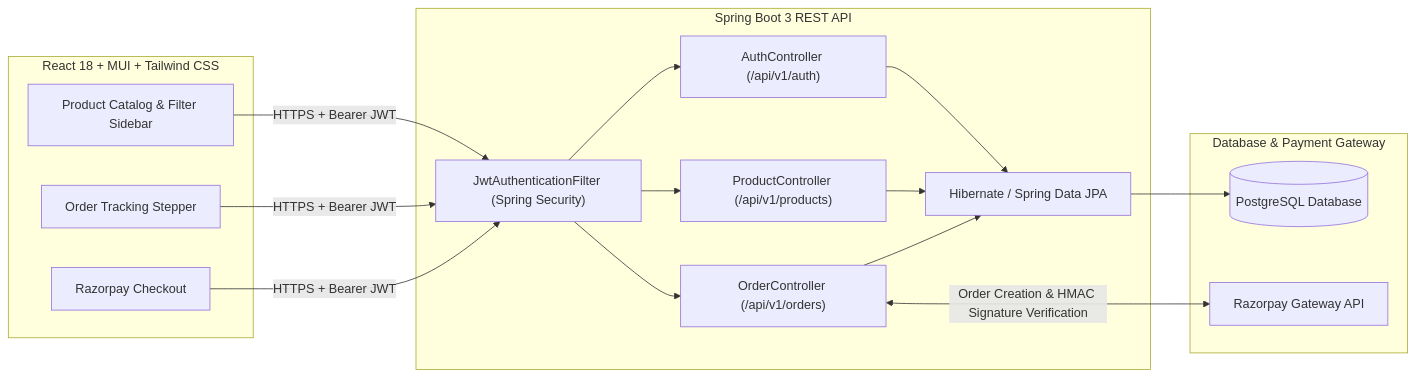
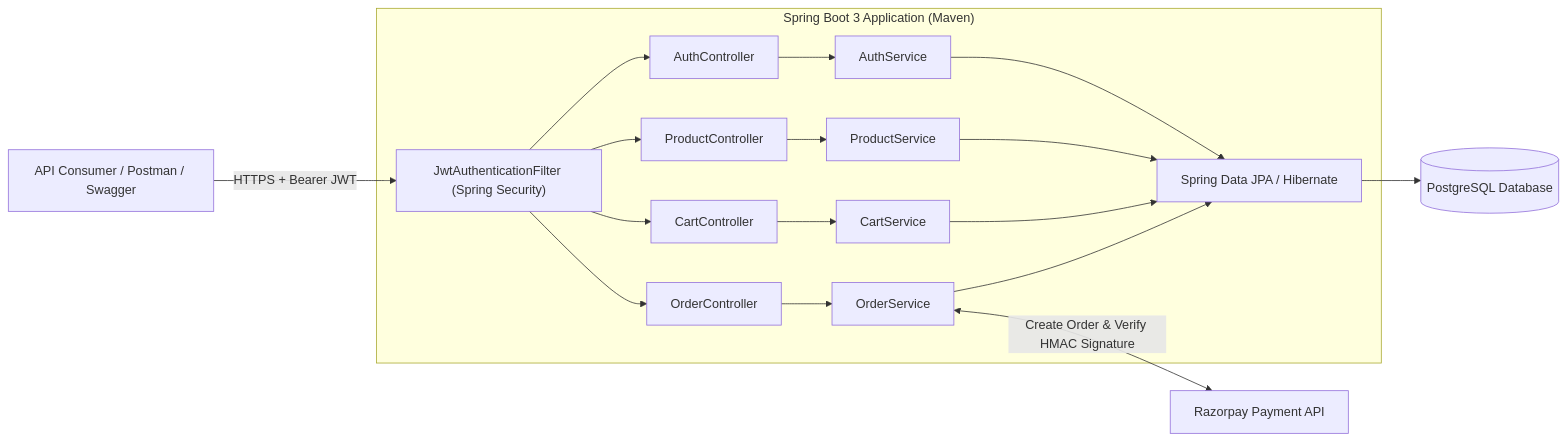
The diagram in README.md (SanthoshBussa/ecommerce-management-system), drawn with Mermaid before and after one commit. The commit also changed other lines of this file and 41 other files, not shown here.

Commit message:
refactor: structure as pure Java Spring Boot Maven (pom.xml) backend REST API

````diff
--- a/README.md
+++ b/README.md
@@ -35,27 +35,21 @@
 ```mermaid
 flowchart LR
-    subgraph Frontend ["React 18 + MUI + Tailwind CSS"]
-        UI_Catalog["Product Catalog & Filter Sidebar"]
-        UI_Track["Order Tracking Stepper"]
-        UI_Checkout["Razorpay Checkout"]
+    Client["API Consumer / Postman / Swagger"] -->|HTTPS + Bearer JWT| Filter["JwtAuthenticationFilter (Spring Security)"]
+
+    subgraph SpringBoot ["Spring Boot 3 Application (Maven)"]
+        Filter --> AuthCtrl["AuthController"]
+        Filter --> ProdCtrl["ProductController"]
+        Filter --> CartCtrl["CartController"]
+        Filter --> OrderCtrl["OrderController"]
+
+        AuthCtrl --> AuthSvc["AuthService"]
+        ProdCtrl --> ProdSvc["ProductService"]
+        CartCtrl --> CartSvc["CartService"]
+        OrderCtrl --> OrderSvc["OrderService"]
+
+        AuthSvc & ProdSvc & CartSvc & OrderSvc --> JPA["Spring Data JPA / Hibernate"]
     end
 
-    subgraph Backend ["Spring Boot 3 REST API"]
-        JWT_Filter["JwtAuthenticationFilter (Spring Security)"]
-        Auth_API["AuthController (/api/v1/auth)"]
-        Prod_API["ProductController (/api/v1/products)"]
-        Order_API["OrderController (/api/v1/orders)"]
-        JPA["Hibernate / Spring Data JPA"]
-    end
-
-    subgraph External ["Database & Payment Gateway"]
-        PG[("PostgreSQL Database")]
-        RZP["Razorpay Gateway API"]
-    end
-
-    UI_Catalog & UI_Track & UI_Checkout -->|HTTPS + Bearer JWT| JWT_Filter
-    JWT_Filter --> Auth_API & Prod_API & Order_API
-    Auth_API & Prod_API & Order_API --> JPA
-    JPA --> PG
-    Order_API <-->|Order Creation & HMAC Signature Verification| RZP
+    JPA --> PG[("PostgreSQL Database")]
+    OrderSvc <-->|Create Order & Verify HMAC Signature| RZP["Razorpay Payment API"]
 ```
````
